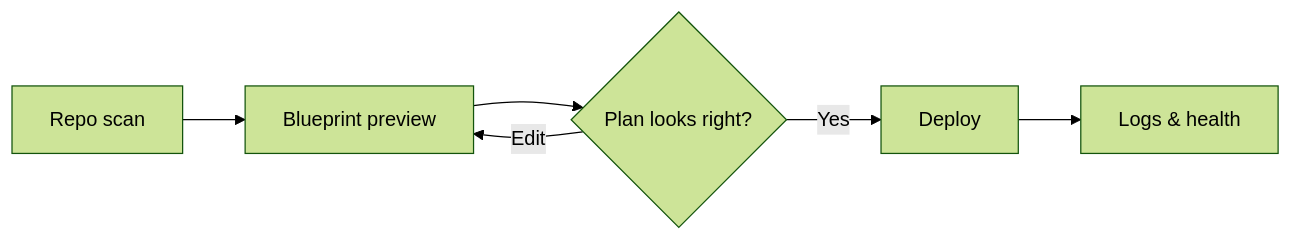
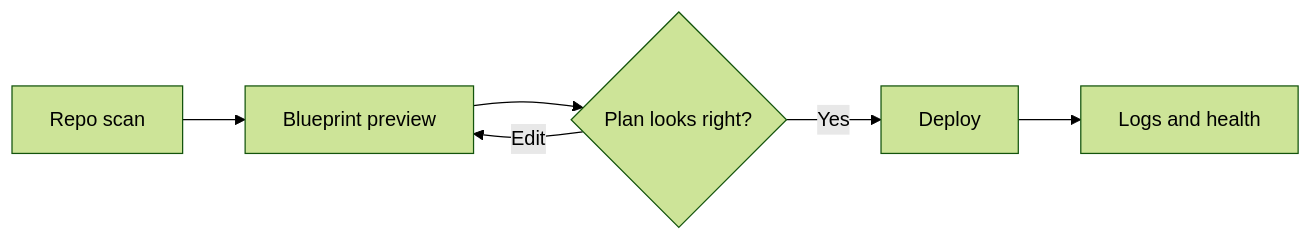
The diagram in README.md (anirudh-makuluri/smart-deploy), drawn with Mermaid (forest theme) before and after one commit. The commit also changed other lines of this file and 54 other files, not shown here.

````diff
--- a/README.md
+++ b/README.md
@@ -77,8 +42,8 @@
 ```mermaid
 flowchart LR
   A[Repo scan] --> B[Blueprint preview]
   B --> C{Plan looks right?}
   C -->|Edit| B
   C -->|Yes| D[Deploy]
-  D --> E[Logs & health]
+  D --> E[Logs and health]
 ```
````
